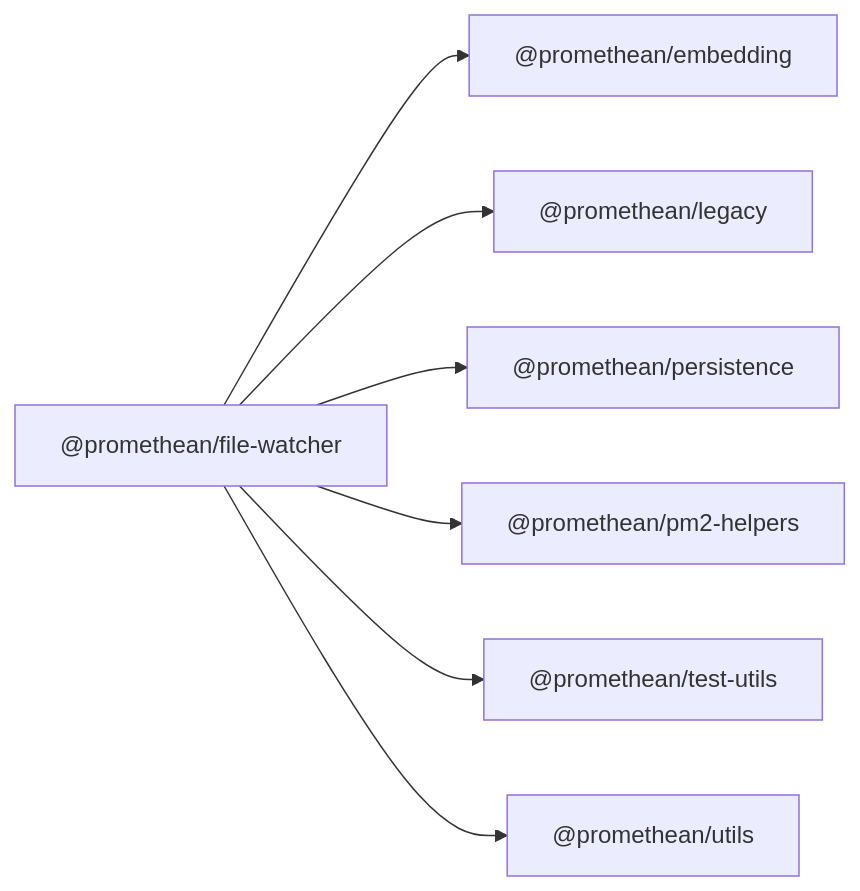
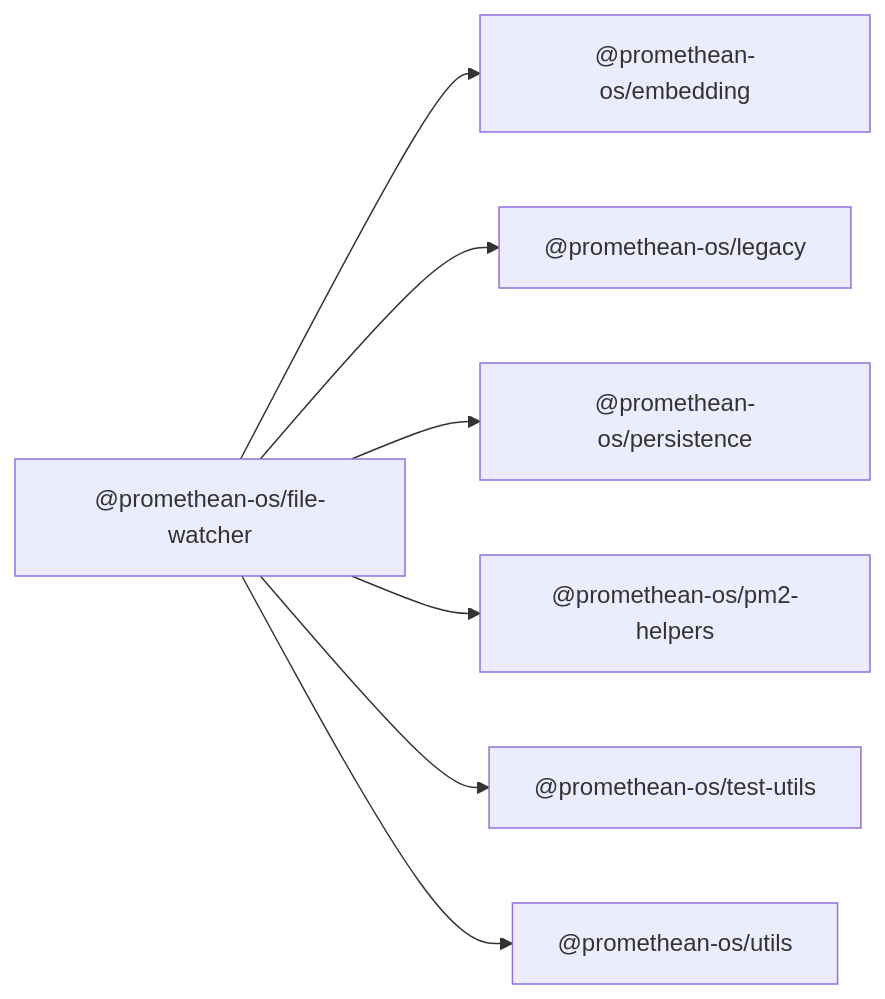
The diagram in docs/packages/file-watcher/README.md (octave-commons/promethean), drawn with Mermaid before and after one commit. The commit also changed other lines of this file and 1753 other files, not shown here.

````diff
--- a/docs/packages/file-watcher/README.md
+++ b/docs/packages/file-watcher/README.md
@@ -14,22 +14,22 @@
 ```mermaid
 graph LR
-  A["@promethean/file-watcher"]
-  D1["@promethean/embedding"]
-  D2["@promethean/legacy"]
-  D3["@promethean/persistence"]
-  D4["@promethean/pm2-helpers"]
-  D5["@promethean/test-utils"]
-  D6["@promethean/utils"]
-  A --> D1["@promethean/embedding"]
-  A --> D2["@promethean/legacy"]
-  A --> D3["@promethean/persistence"]
-  A --> D4["@promethean/pm2-helpers"]
-  A --> D5["@promethean/test-utils"]
-  A --> D6["@promethean/utils"]
-  click D1 "../embedding/README.md" "@promethean/embedding"
-  click D2 "../legacy/README.md" "@promethean/legacy"
-  click D3 "../persistence/README.md" "@promethean/persistence"
-  click D4 "../pm2-helpers/README.md" "@promethean/pm2-helpers"
-  click D5 "../test-utils/README.md" "@promethean/test-utils"
-  click D6 "../utils/README.md" "@promethean/utils"
+  A["@promethean-os/file-watcher"]
+  D1["@promethean-os/embedding"]
+  D2["@promethean-os/legacy"]
+  D3["@promethean-os/persistence"]
+  D4["@promethean-os/pm2-helpers"]
+  D5["@promethean-os/test-utils"]
+  D6["@promethean-os/utils"]
+  A --> D1["@promethean-os/embedding"]
+  A --> D2["@promethean-os/legacy"]
+  A --> D3["@promethean-os/persistence"]
+  A --> D4["@promethean-os/pm2-helpers"]
+  A --> D5["@promethean-os/test-utils"]
+  A --> D6["@promethean-os/utils"]
+  click D1 "../embedding/README.md" "@promethean-os/embedding"
+  click D2 "../legacy/README.md" "@promethean-os/legacy"
+  click D3 "../persistence/README.md" "@promethean-os/persistence"
+  click D4 "../pm2-helpers/README.md" "@promethean-os/pm2-helpers"
+  click D5 "../test-utils/README.md" "@promethean-os/test-utils"
+  click D6 "../utils/README.md" "@promethean-os/utils"
 ```
````
